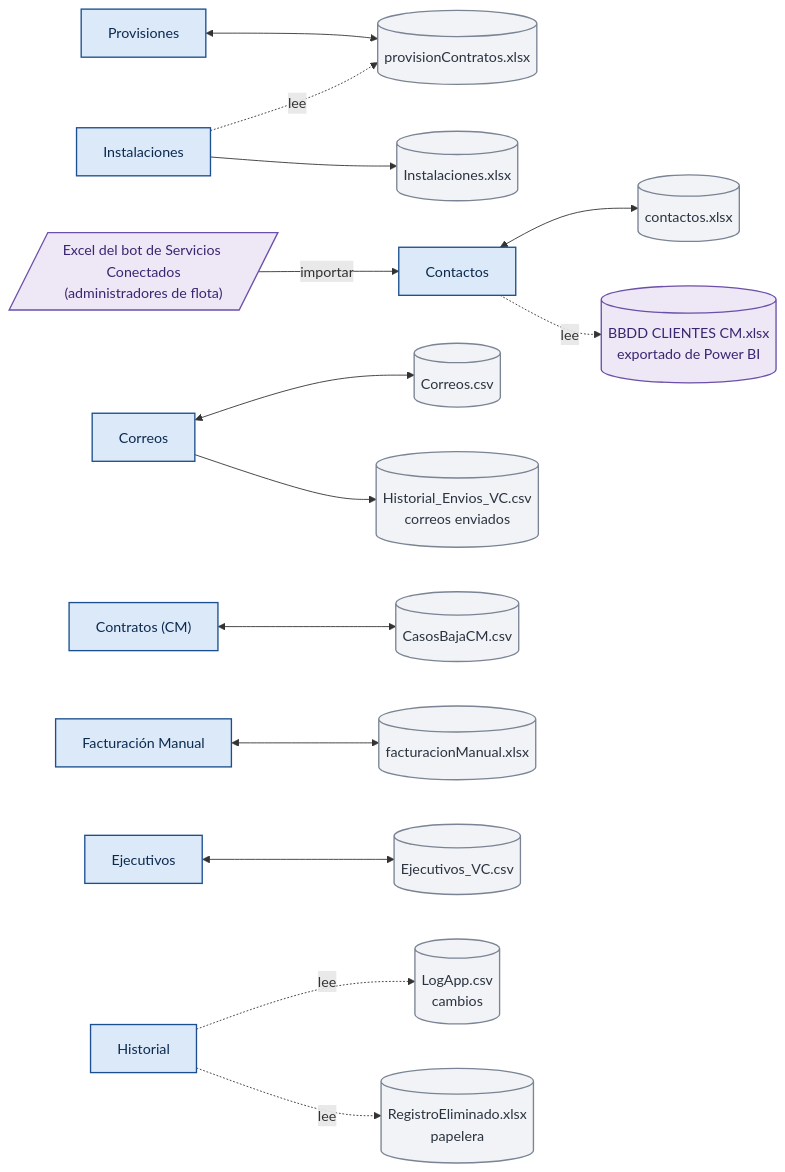
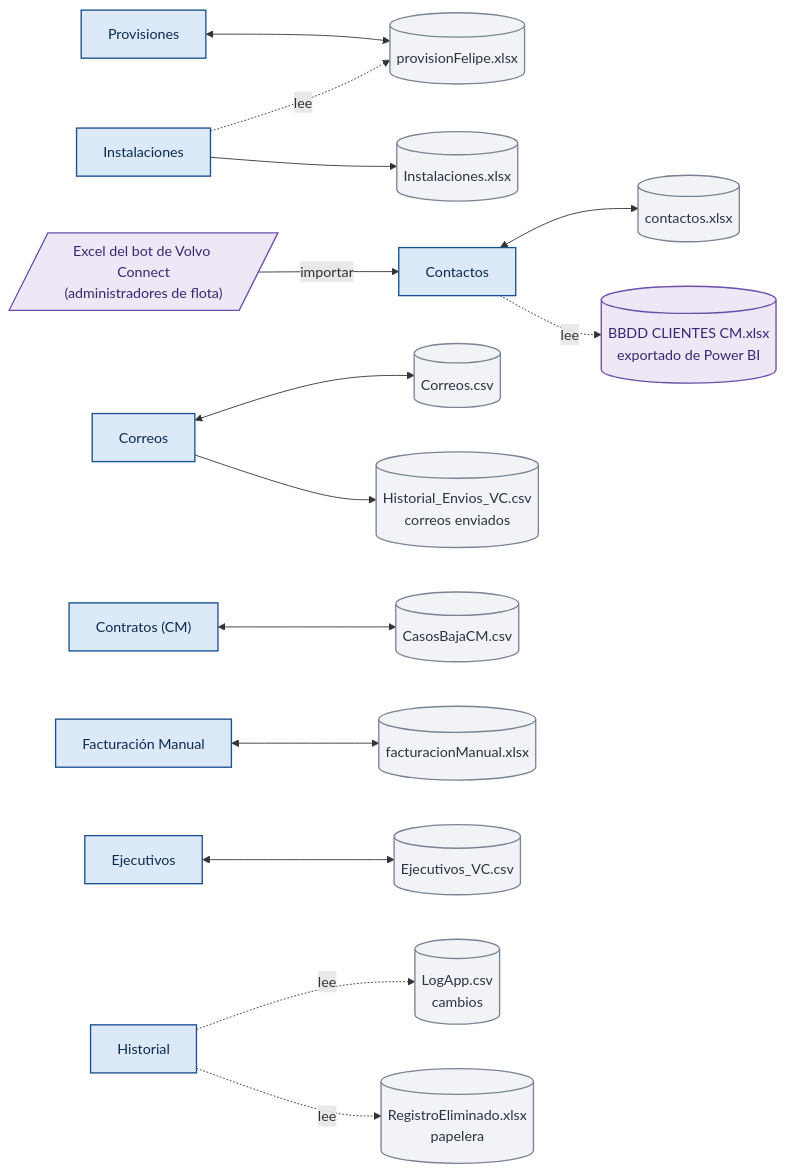
One commit to felipeMon20/PTY4614-302-EQUIPO-2 changed the ninth of 31 diagrams in Fase 2/Evidencias Proyecto/Evidencias de documentación/docs/08. Arquitectura Visual y Diagramas.md. Above: the diagram before and after it, drawn with Mermaid. The commit also changed other lines of this file and 229 other files, not shown here.

````diff
--- a/Fase 2/Evidencias Proyecto/Evidencias de documentación/docs/08. Arquitectura Visual y Diagramas.md
+++ b/Fase 2/Evidencias Proyecto/Evidencias de documentación/docs/08. Arquitectura Visual y Diagramas.md
@@ -306,24 +306,24 @@
 ```mermaid
 flowchart LR
-    PRO["Provisiones"]:::pantalla <--> PF[("provisionContratos.xlsx")]:::archivo
+    PRO["Provisiones"]:::pantalla <--> PF[("provisionFelipe.xlsx")]:::archivo
     INS["Instalaciones"]:::pantalla --> IN[("Instalaciones.xlsx")]:::archivo
     INS -.lee.-> PF
     CON["Contactos"]:::pantalla <--> CT[("contactos.xlsx")]:::archivo
     CON -.lee.-> BB[("BBDD CLIENTES CM.xlsx<br/>exportado de Power BI")]:::externo
-    BOT[/"Excel del bot de Servicios Conectados<br/>(administradores de flota)"/]:::externo -->|importar| CON
+    BOT[/"Excel del bot de Volvo Connect<br/>(administradores de flota)"/]:::externo -->|importar| CON
     COR["Correos"]:::pantalla <--> CO[("Correos.csv")]:::archivo
     COR --> HE[("Historial_Envios_VC.csv<br/>correos enviados")]:::archivo
     CMS["Contratos (CM)"]:::pantalla <--> CB[("CasosBajaCM.csv")]:::archivo
     FMA["Facturación Manual"]:::pantalla <--> FX[("facturacionManual.xlsx")]:::archivo
     EJE["Ejecutivos"]:::pantalla <--> EX[("Ejecutivos_VC.csv")]:::archivo
     HIS["Historial"]:::pantalla -.lee.-> LG[("LogApp.csv<br/>cambios")]:::archivo
     HIS -.lee.-> RE[("RegistroEliminado.xlsx<br/>papelera")]:::archivo
     classDef pantalla fill:#DCE9F8,stroke:#1B4F8F,color:#0B2A4F,stroke-width:1.5px
     classDef grupo fill:#1B4F8F,stroke:#0B2A4F,color:#FFFFFF,stroke-width:1.5px
     classDef accion fill:#E3F4E8,stroke:#2E7D4F,color:#14452A,stroke-width:1.5px
     classDef archivo fill:#F1F3F6,stroke:#7A8494,color:#2B3340,stroke-width:1.5px
     classDef externo fill:#EDE7F6,stroke:#6B4FA8,color:#3A2670,stroke-width:1.5px
     classDef alerta fill:#FDECEC,stroke:#B3372F,color:#6E1712,stroke-width:1.5px
     classDef aviso fill:#FFF4D6,stroke:#B58100,color:#5C4300,stroke-width:1.5px
     classDef neutro fill:#FFFFFF,stroke:#8A94A6,color:#2B3340,stroke-width:1.5px
 ```
````
